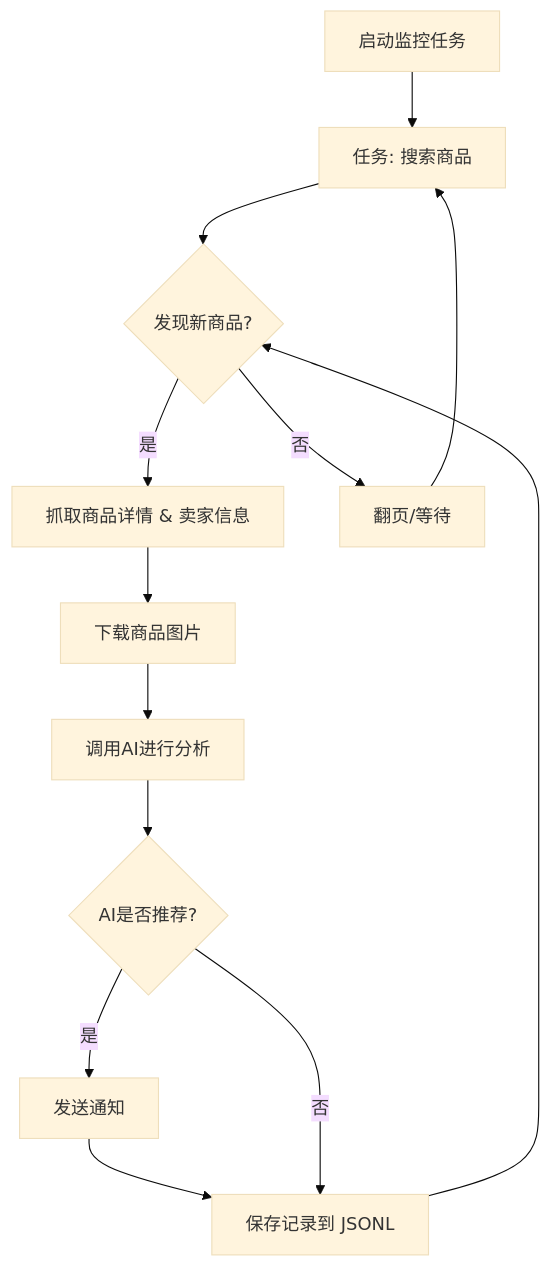
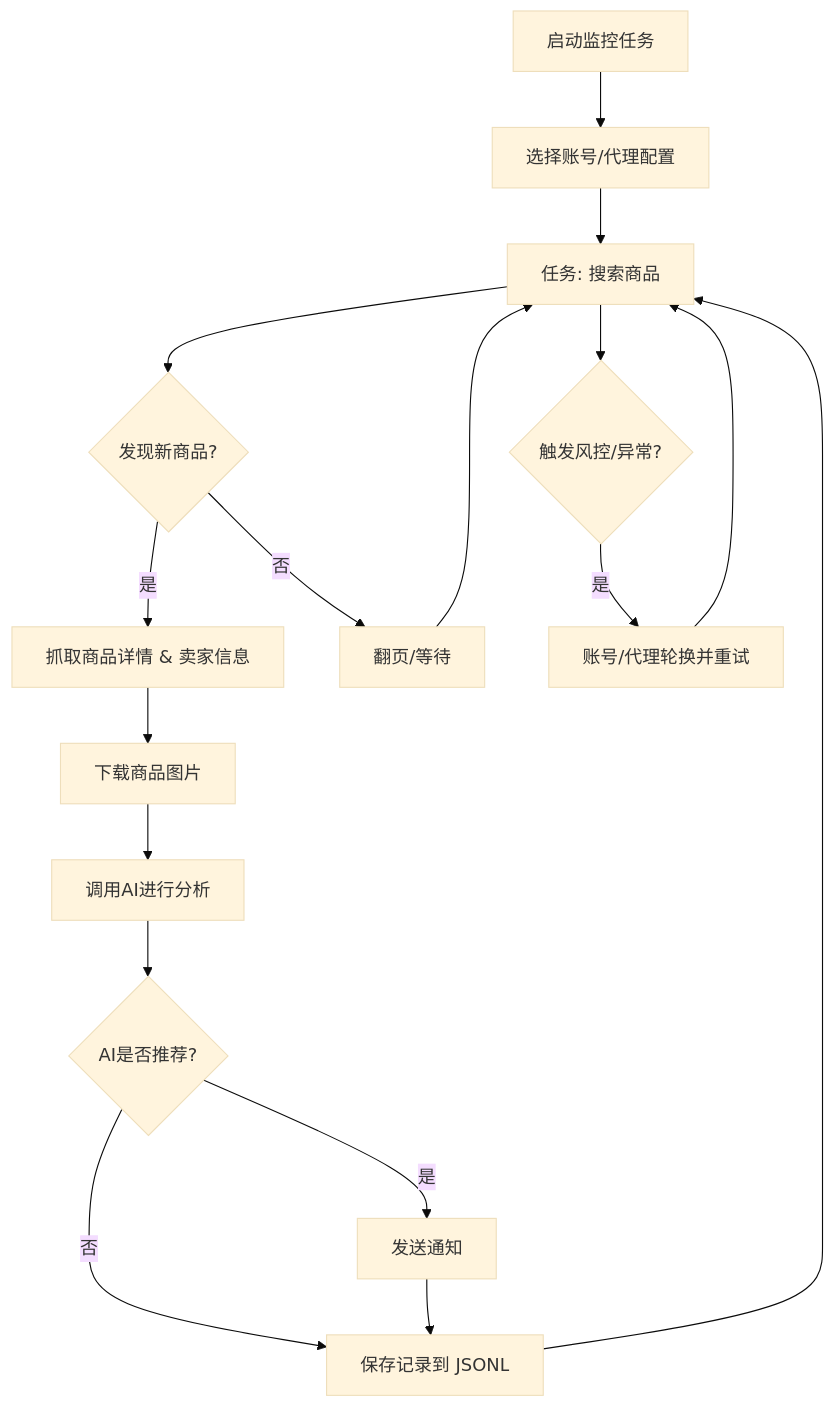
The diagram in README.md (doubledeckwa/ai-goofish-monitor), drawn with Mermaid (base theme) before and after one commit. The commit also changed other lines of this file and 1 other file, not shown here.

````diff
--- a/README.md
+++ b/README.md
@@ -138,15 +117,19 @@
 ```mermaid
 graph TD
-    A[启动监控任务] --> B[任务: 搜索商品];
-    B --> C{发现新商品?};
-    C -- 是 --> D[抓取商品详情 & 卖家信息];
-    D --> E[下载商品图片];
-    E --> F[调用AI进行分析];
-    F --> G{AI是否推荐?};
-    G -- 是 --> H[发送通知];
-    H --> I[保存记录到 JSONL];
-    G -- 否 --> I;
-    C -- 否 --> J[翻页/等待];
-    J --> B;
-    I --> C;
+    A[启动监控任务] --> B[选择账号/代理配置];
+    B --> C[任务: 搜索商品];
+    C --> D{发现新商品?};
+    D -- 是 --> E[抓取商品详情 & 卖家信息];
+    E --> F[下载商品图片];
+    F --> G[调用AI进行分析];
+    G --> H{AI是否推荐?};
+    H -- 是 --> I[发送通知];
+    H -- 否 --> J[保存记录到 JSONL];
+    I --> J;
+    D -- 否 --> K[翻页/等待];
+    K --> C;
+    J --> C;
+    C --> L{触发风控/异常?};
+    L -- 是 --> M[账号/代理轮换并重试];
+    M --> C;
 ```
````
